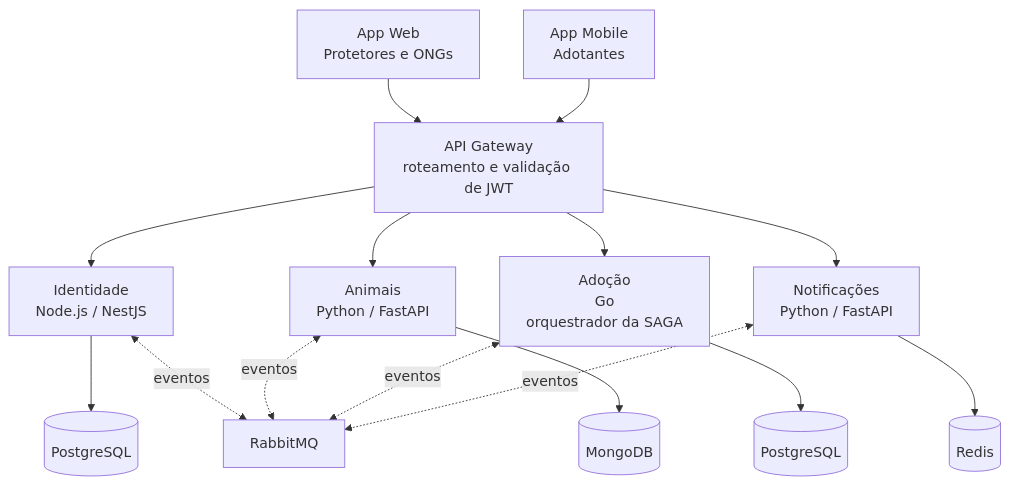
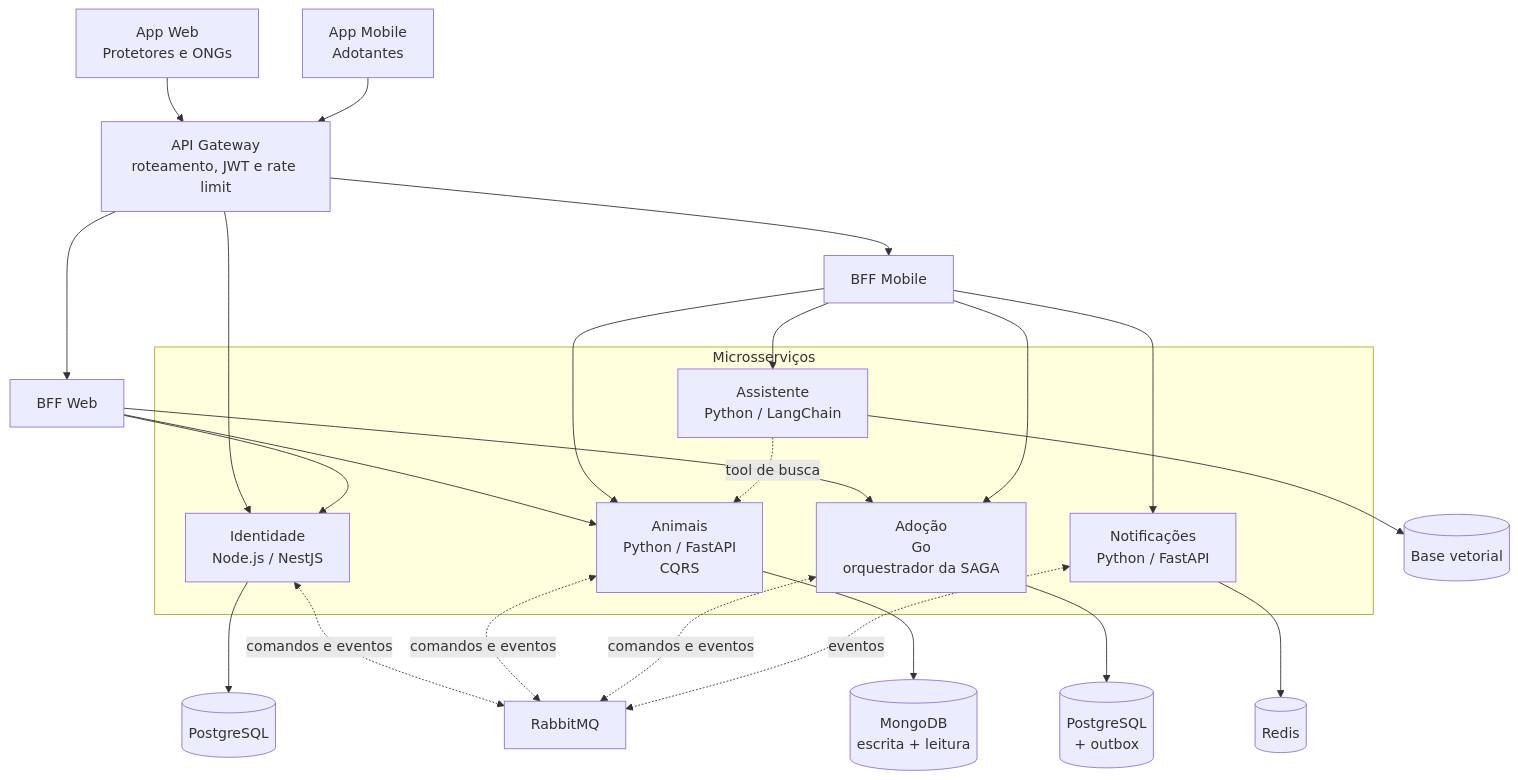
The first of 2 diagrams in README.md (gxbreus/ampara), drawn with Mermaid before and after one commit. The commit also changed other lines of this file, not shown here.

````diff
--- a/README.md
+++ b/README.md
@@ -59,24 +63,41 @@
 ```mermaid
 flowchart TB
     Web[App Web<br/>Protetores e ONGs]
     Mobile[App Mobile<br/>Adotantes]
-    Gateway[API Gateway<br/>roteamento e validação de JWT]
+    Gateway[API Gateway<br/>roteamento, JWT e rate limit]
 
     Web --> Gateway
     Mobile --> Gateway
 
-    Gateway --> Identidade[Identidade<br/>Node.js / NestJS]
-    Gateway --> Animais[Animais<br/>Python / FastAPI]
-    Gateway --> Adocao[Adoção<br/>Go<br/>orquestrador da SAGA]
-    Gateway --> Notificacoes[Notificações<br/>Python / FastAPI]
+    Gateway --> BFFWeb[BFF Web]
+    Gateway --> BFFMobile[BFF Mobile]
+    Gateway --> Identidade
+
+    subgraph Servicos[Microsserviços]
+        Identidade[Identidade<br/>Node.js / NestJS]
+        Animais[Animais<br/>Python / FastAPI<br/>CQRS]
+        Adocao[Adoção<br/>Go<br/>orquestrador da SAGA]
+        Notificacoes[Notificações<br/>Python / FastAPI]
+        Assistente[Assistente<br/>Python / LangChain]
+    end
+
+    BFFWeb --> Identidade
+    BFFWeb --> Animais
+    BFFWeb --> Adocao
+    BFFMobile --> Animais
+    BFFMobile --> Adocao
+    BFFMobile --> Notificacoes
+    BFFMobile --> Assistente
+    Assistente -. tool de busca .-> Animais
 
     Identidade --> DBIdentidade[(PostgreSQL)]
-    Animais --> DBAnimais[(MongoDB)]
-    Adocao --> DBAdocao[(PostgreSQL)]
+    Animais --> DBAnimais[(MongoDB<br/>escrita + leitura)]
+    Adocao --> DBAdocao[(PostgreSQL<br/>+ outbox)]
     Notificacoes --> DBNotificacoes[(Redis)]
+    Assistente --> DBAssistente[(Base vetorial)]
 
-    Identidade <-. eventos .-> RabbitMQ[RabbitMQ]
-    Animais <-. eventos .-> RabbitMQ
-    Adocao <-. eventos .-> RabbitMQ
+    Identidade <-. comandos e eventos .-> RabbitMQ[RabbitMQ]
+    Animais <-. comandos e eventos .-> RabbitMQ
+    Adocao <-. comandos e eventos .-> RabbitMQ
     Notificacoes <-. eventos .-> RabbitMQ
 ```
````
